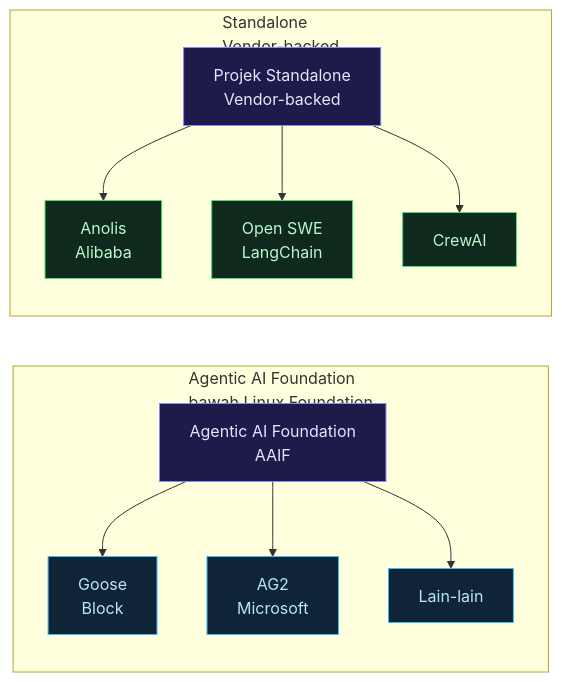
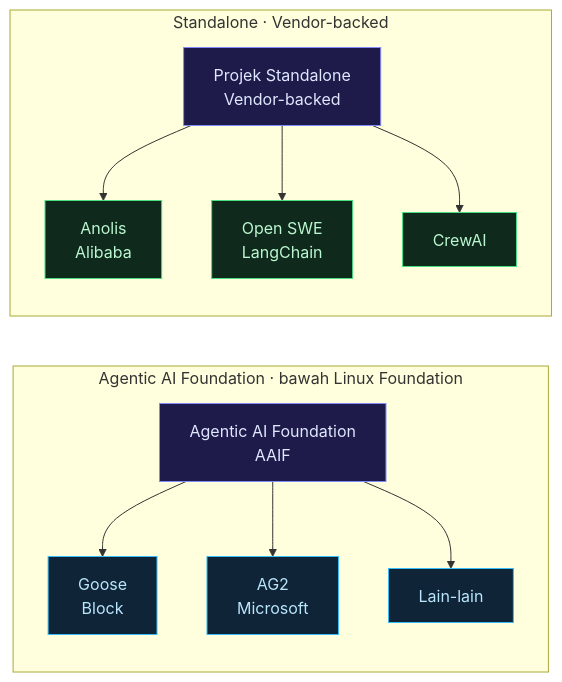
The first of 4 diagrams in src/content/posts/ms/age-04-agent-os-goose.md (arifbazli/malay-tech-journal), drawn with Mermaid before and after one commit. The commit also changed 3 other files, not shown here.

````diff
--- a/src/content/posts/ms/age-04-agent-os-goose.md
+++ b/src/content/posts/ms/age-04-agent-os-goose.md
@@ -35,26 +35,26 @@
 ```mermaid
 flowchart LR
-  subgraph aaif [Agentic AI Foundation<br/>bawah Linux Foundation]
+  subgraph aaif [Agentic AI Foundation · bawah Linux Foundation]
     direction TB
     AAIF[Agentic AI Foundation<br/>AAIF]:::foundation
     G[Goose<br/>Block]:::project
     AG[AG2<br/>Microsoft]:::project
     O1[Lain-lain]:::project
     AAIF --> G
     AAIF --> AG
     AAIF --> O1
   end
-  subgraph standalone [Standalone<br/>Vendor-backed]
+  subgraph standalone [Standalone · Vendor-backed]
     direction TB
     SB[Projek Standalone<br/>Vendor-backed]:::foundation
     AN[Anolis<br/>Alibaba]:::standalone
     OS[Open SWE<br/>LangChain]:::standalone
     CR[CrewAI]:::standalone
     SB --> AN
     SB --> OS
     SB --> CR
   end
   classDef foundation fill:#1e1b4b,stroke:#818cf8,color:#e0e7ff
   classDef project fill:#0f2436,stroke:#38bdf8,color:#bae6fd
   classDef standalone fill:#0f2a1c,stroke:#4ade80,color:#bbf7d0
 ```
````
